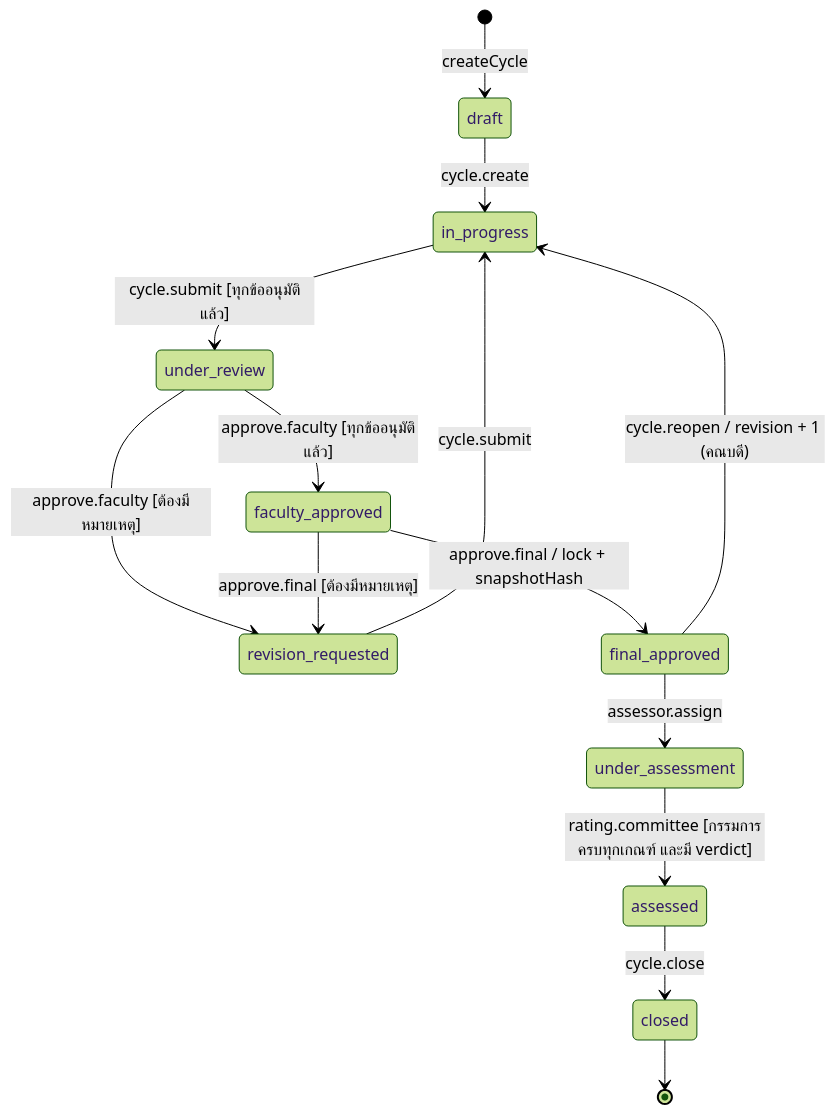
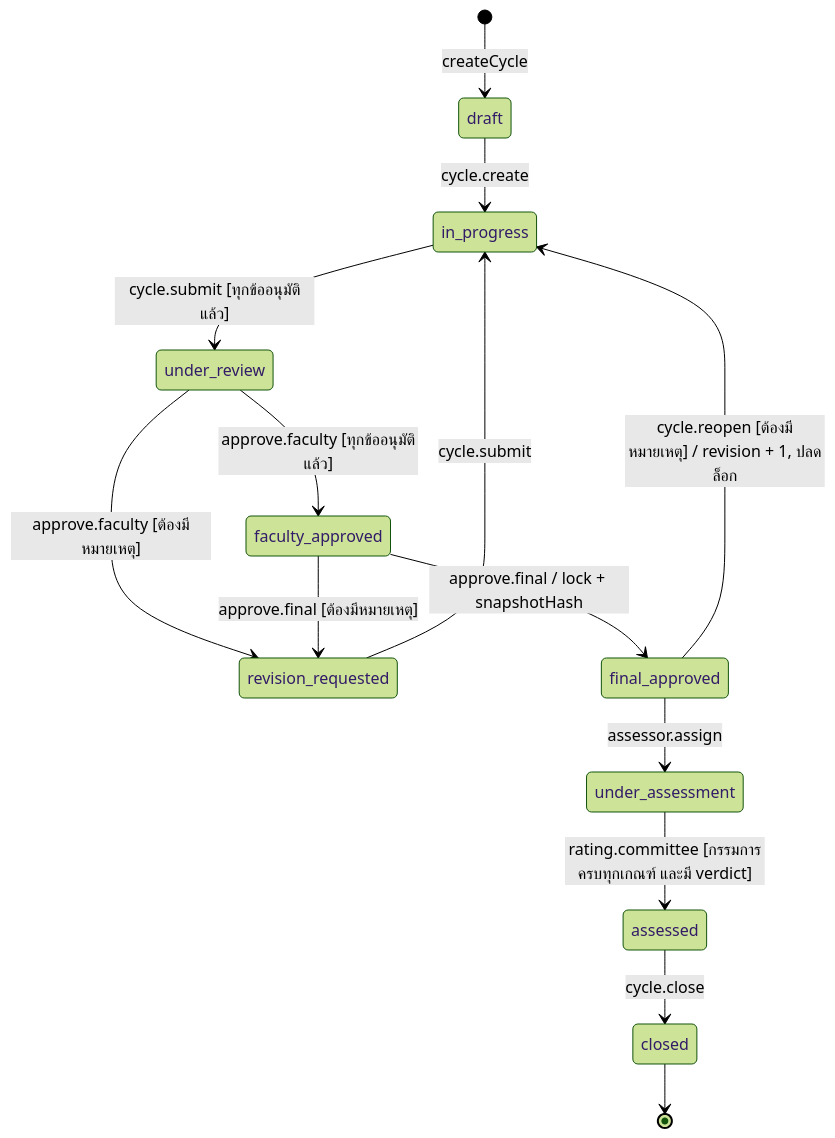
Before and after one commit to sunthanathza5566/project-mockup: the diagram in docs/diagrams/state-cycle.mmd, drawn with Mermaid (forest theme). The commit also changed 9 other files, not shown here.

```diff
--- a/docs/diagrams/state-cycle.mmd
+++ b/docs/diagrams/state-cycle.mmd
@@ -1,16 +1,16 @@
-%% source: eduflow-next/lib/api/workflow.ts:27-38 (CYCLE_TRANSITIONS), 181-229 (transitionCycle), 248-264 (openRevision) | task: TASK-0001 | updated: 2026-10-21
+%% source: eduflow-next/lib/api/workflow.ts:27-38 (CYCLE_TRANSITIONS), 181-229 (transitionCycle), 299-316 (openRevision) | task: TASK-0001 | updated: 2026-10-22
 stateDiagram-v2
   direction TB
   [*] --> draft : createCycle
   draft --> in_progress : cycle.create
   in_progress --> under_review : cycle.submit [ทุกข้ออนุมัติแล้ว]
   under_review --> revision_requested : approve.faculty [ต้องมีหมายเหตุ]
   under_review --> faculty_approved : approve.faculty [ทุกข้ออนุมัติแล้ว]
   revision_requested --> in_progress : cycle.submit
   faculty_approved --> revision_requested : approve.final [ต้องมีหมายเหตุ]
   faculty_approved --> final_approved : approve.final / lock + snapshotHash
-  final_approved --> in_progress : cycle.reopen / revision + 1 (คณบดี)
+  final_approved --> in_progress : cycle.reopen [ต้องมีหมายเหตุ] / revision + 1, ปลดล็อก
   final_approved --> under_assessment : assessor.assign
   under_assessment --> assessed : rating.committee [กรรมการครบทุกเกณฑ์ และมี verdict]
   assessed --> closed : cycle.close
   closed --> [*]
```
